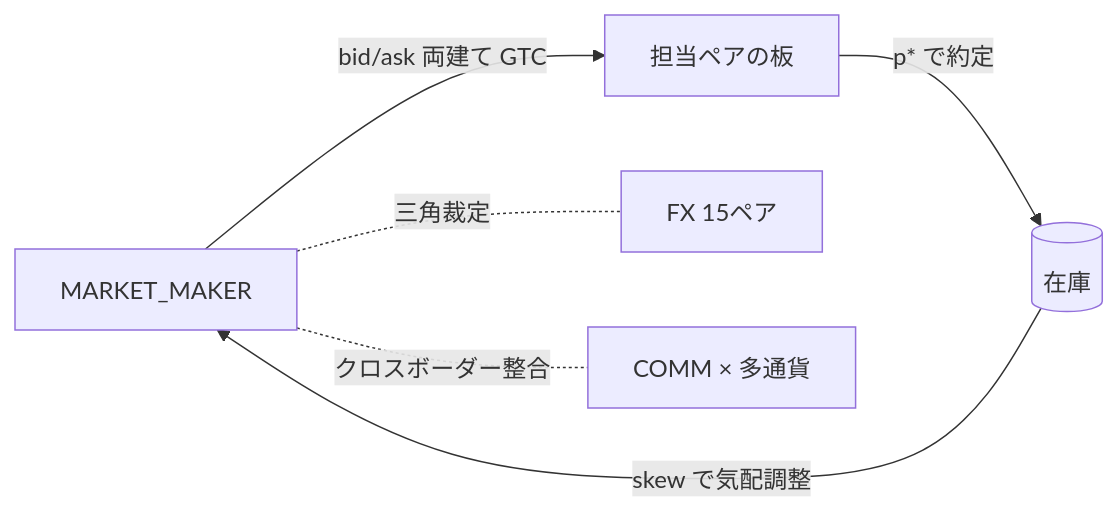
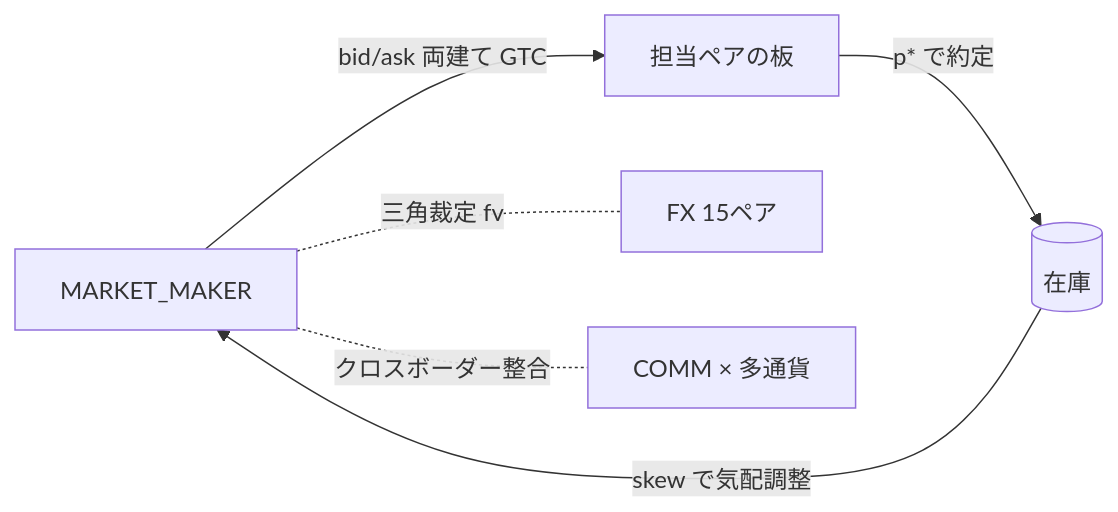
One commit to h4ribote/FinBox changed the second of 7 diagrams in doc/09-markets-and-trading.md. Above: the diagram before and after it, drawn with Mermaid. The commit also changed other lines of this file and 28 other files, not shown here.

````diff
--- a/doc/09-markets-and-trading.md
+++ b/doc/09-markets-and-trading.md
@@ -330,9 +329,9 @@
 ```mermaid
 flowchart LR
   MM[MARKET_MAKER]
   MM -->|bid/ask 両建て GTC| PAIR[担当ペアの板]
   PAIR -->|p* で約定| INV[(在庫)]
   INV -->|skew で気配調整| MM
-  MM -. 三角裁定 .- FX[FX 15ペア]
+  MM -. 三角裁定 fv .- FX[FX 15ペア]
   MM -. クロスボーダー整合 .- CB[COMM × 多通貨]
 ```
````
